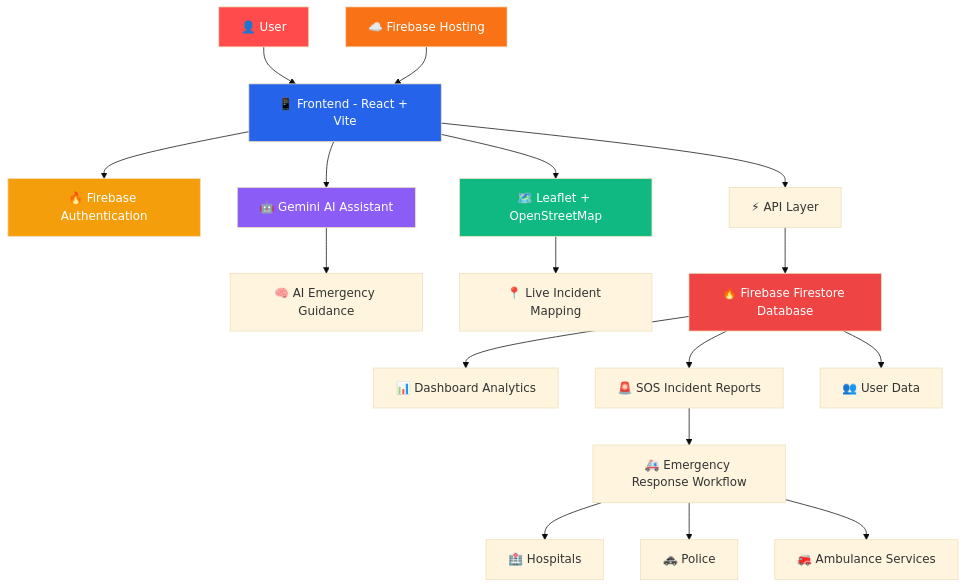
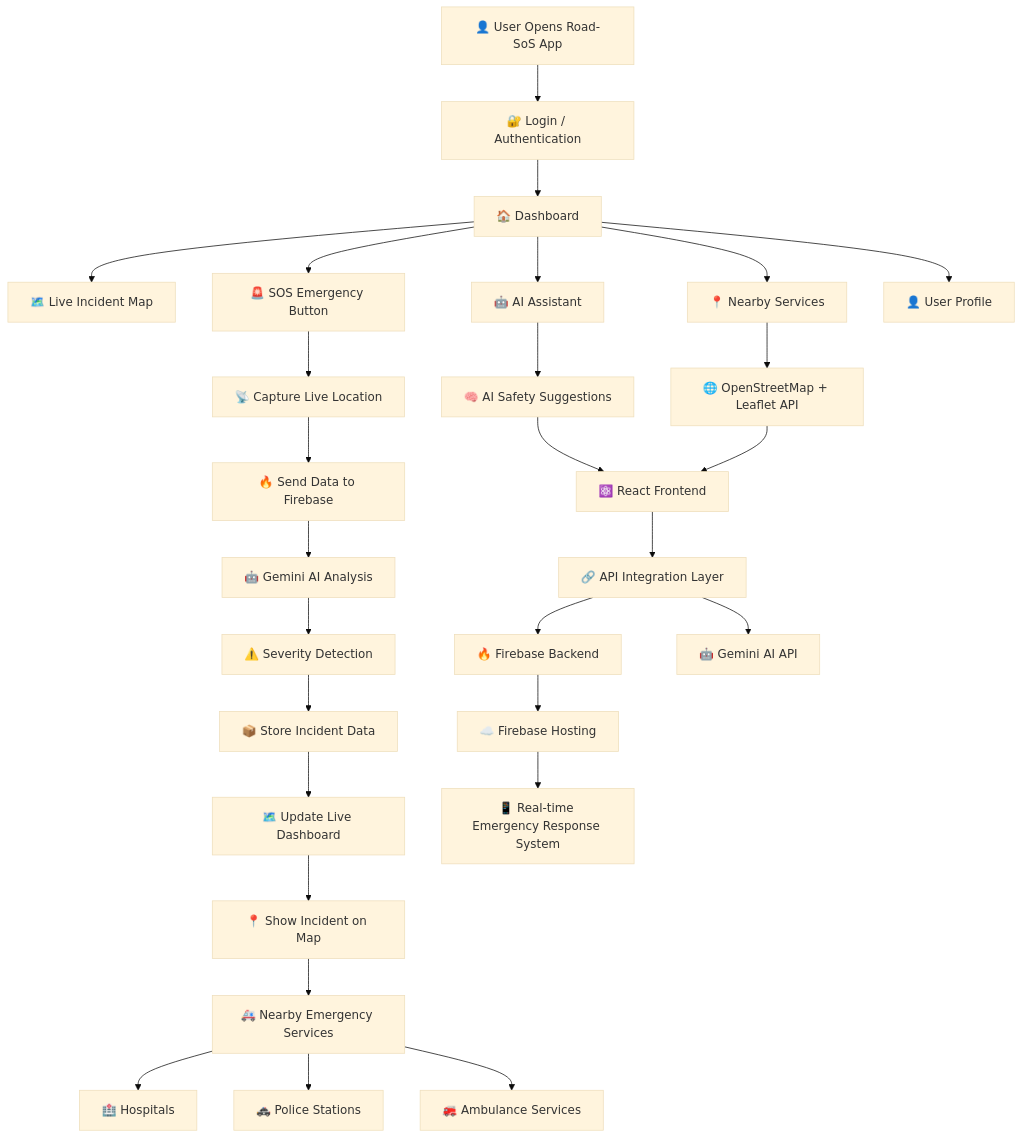
One commit to parth254012-spec/Roadsos changed the diagram in README.md. Above: the diagram before and after it, drawn with Mermaid (base theme). The commit also changed other lines of this file, not shown here.

````diff
--- a/README.md
+++ b/README.md
@@ -228,33 +282,43 @@
 ```mermaid
 flowchart TD
 
-A[👤 User] --> B[📱 Frontend - React + Vite]
-B --> C[🔥 Firebase Authentication]
-B --> D[🗺️ Leaflet + OpenStreetMap]
-B --> E[🤖 Gemini AI Assistant]
+    A[👤 User Opens Road-SoS App]
 
-E --> F[🧠 AI Emergency Guidance]
-D --> G[📍 Live Incident Mapping]
+    A --> B[🔐 Login / Authentication]
+    B --> C[🏠 Dashboard]
 
-B --> H[⚡ API Layer]
-H --> I[🔥 Firebase Firestore Database]
+    C --> D[🗺️ Live Incident Map]
+    C --> E[🚨 SOS Emergency Button]
+    C --> F[🤖 AI Assistant]
+    C --> G[📍 Nearby Services]
+    C --> H[👤 User Profile]
 
-I --> J[📊 Dashboard Analytics]
-I --> K[🚨 SOS Incident Reports]
-I --> L[👥 User Data]
+    E --> I[📡 Capture Live Location]
+    I --> J[🔥 Send Data to Firebase]
 
-K --> M[🚑 Emergency Response Workflow]
-M --> N[🏥 Hospitals]
-M --> O[🚓 Police]
-M --> P[🚒 Ambulance Services]
+    J --> K[🤖 Gemini AI Analysis]
+    K --> L[⚠️ Severity Detection]
 
-Q[☁️ Firebase Hosting] --> B
+    L --> M[📦 Store Incident Data]
+    M --> N[🗺️ Update Live Dashboard]
+    N --> O[📍 Show Incident on Map]
 
-style A fill:#ff4b4b,color:#fff
-style B fill:#2563eb,color:#fff
-style C fill:#f59e0b,color:#fff
-style D fill:#10b981,color:#fff
-style E fill:#8b5cf6,color:#fff
-style I fill:#ef4444,color:#fff
-style Q fill:#f97316,color:#fff
+    O --> P[🚑 Nearby Emergency Services]
+    P --> Q[🏥 Hospitals]
+    P --> R[🚓 Police Stations]
+    P --> S[🚒 Ambulance Services]
+
+    F --> T[🧠 AI Safety Suggestions]
+    G --> U[🌐 OpenStreetMap + Leaflet API]
+
+    T --> V[⚛️ React Frontend]
+    U --> V
+
+    V --> W[🔗 API Integration Layer]
+    W --> X[🔥 Firebase Backend]
+    W --> Y[🤖 Gemini AI API]
+
+    X --> Z[☁️ Firebase Hosting]
+
+    Z --> AA[📱 Real-time Emergency Response System]
 ```
````
